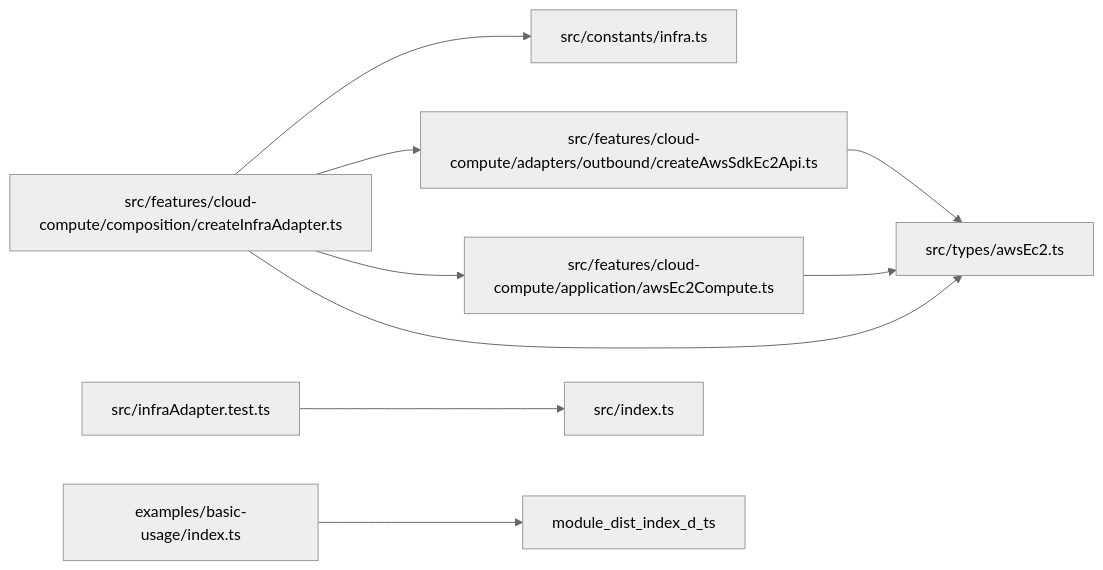
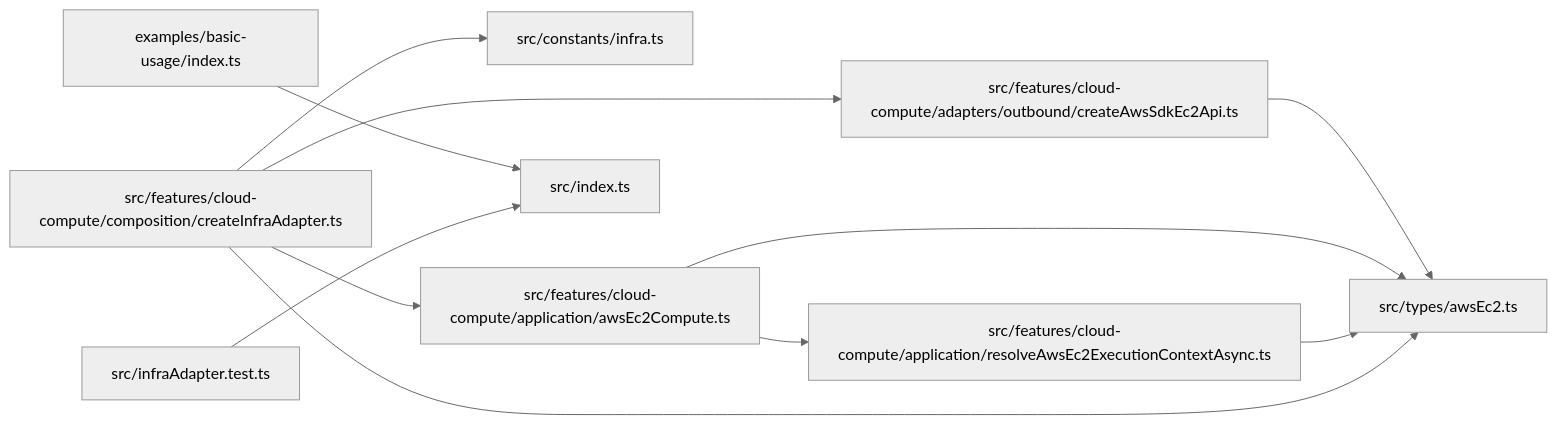
Before and after one commit to ankhorage/infra-aws-ec2: the diagram in paradox/diagrams/module-relationships.mmd, drawn with Mermaid (neutral theme). The commit also changed 11 other files, not shown here.

```diff
--- a/paradox/diagrams/module-relationships.mmd
+++ b/paradox/diagrams/module-relationships.mmd
@@ -1,17 +1,20 @@
 graph LR
   module_examples_basic_usage_index_ts["examples/basic-usage/index.ts"]
   module_src_constants_infra_ts["src/constants/infra.ts"]
   module_src_features_cloud_compute_adapters_outbound_createAwsSdkEc2Api_ts["src/features/cloud-compute/adapters/outbound/createAwsSdkEc2Api.ts"]
   module_src_features_cloud_compute_application_awsEc2Compute_ts["src/features/cloud-compute/application/awsEc2Compute.ts"]
+  module_src_features_cloud_compute_application_resolveAwsEc2ExecutionContextAsync_ts["src/features/cloud-compute/application/resolveAwsEc2ExecutionContextAsync.ts"]
   module_src_features_cloud_compute_composition_createInfraAdapter_ts["src/features/cloud-compute/composition/createInfraAdapter.ts"]
   module_src_index_ts["src/index.ts"]
   module_src_infraAdapter_test_ts["src/infraAdapter.test.ts"]
   module_src_types_awsEc2_ts["src/types/awsEc2.ts"]
-  module_examples_basic_usage_index_ts --> module_dist_index_d_ts
+  module_examples_basic_usage_index_ts --> module_src_index_ts
   module_src_features_cloud_compute_adapters_outbound_createAwsSdkEc2Api_ts --> module_src_types_awsEc2_ts
+  module_src_features_cloud_compute_application_awsEc2Compute_ts --> module_src_features_cloud_compute_application_resolveAwsEc2ExecutionContextAsync_ts
   module_src_features_cloud_compute_application_awsEc2Compute_ts --> module_src_types_awsEc2_ts
+  module_src_features_cloud_compute_application_resolveAwsEc2ExecutionContextAsync_ts --> module_src_types_awsEc2_ts
   module_src_features_cloud_compute_composition_createInfraAdapter_ts --> module_src_constants_infra_ts
   module_src_features_cloud_compute_composition_createInfraAdapter_ts --> module_src_features_cloud_compute_adapters_outbound_createAwsSdkEc2Api_ts
   module_src_features_cloud_compute_composition_createInfraAdapter_ts --> module_src_features_cloud_compute_application_awsEc2Compute_ts
   module_src_features_cloud_compute_composition_createInfraAdapter_ts --> module_src_types_awsEc2_ts
   module_src_infraAdapter_test_ts --> module_src_index_ts
```
